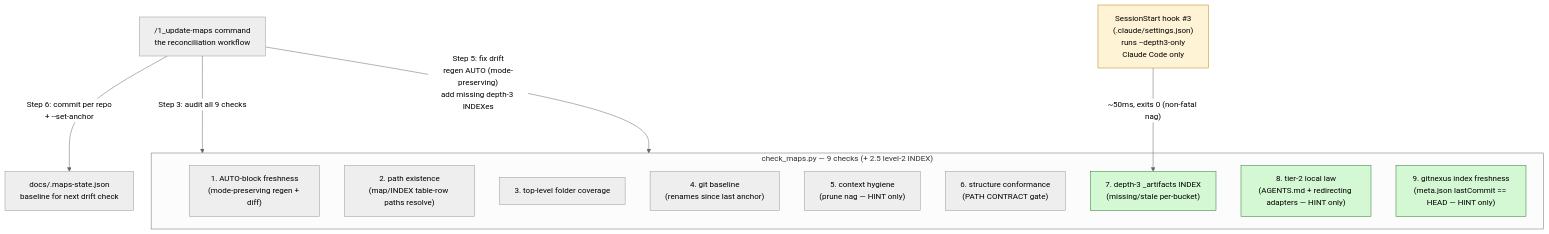
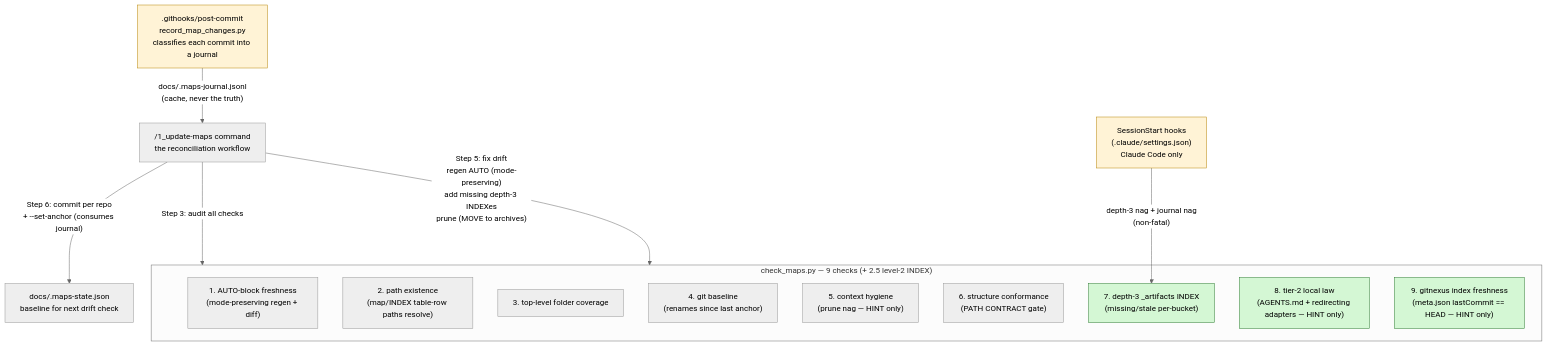
Before and after one commit to sudomadhatter/Sudo_Hatter_Command: the fifth of 6 diagrams in _my_resources/diagrams_guides/system/file_folder_structure+maintaining.md, drawn with Mermaid (neutral theme). The commit also changed other lines of this file and 28 other files, not shown here.

````diff
--- a/_my_resources/diagrams_guides/system/file_folder_structure+maintaining.md
+++ b/_my_resources/diagrams_guides/system/file_folder_structure+maintaining.md
@@ -128,27 +183,30 @@
 ```mermaid
 flowchart TD
     subgraph LINTER ["check_maps.py — 9 checks (+ 2.5 level-2 INDEX)"]
         C1["1. AUTO-block freshness\n(mode-preserving regen + diff)"]
         C2["2. path existence\n(map/INDEX table-row paths resolve)"]
         C3["3. top-level folder coverage"]
         C4["4. git baseline\n(renames since last anchor)"]
         C5["5. context hygiene\n(prune nag — HINT only)"]
         C6["6. structure conformance\n(PATH CONTRACT gate)"]
         C7["7. depth-3 _artifacts INDEX\n(missing/stale per-bucket)"]
         C8["8. tier-2 local law\n(AGENTS.md + redirecting adapters — HINT only)"]
         C9["9. gitnexus index freshness\n(meta.json lastCommit == HEAD — HINT only)"]
     end
 
-    HOOK["SessionStart hook #3\n(.claude/settings.json)\nruns --depth3-only\nClaude Code only"]
-    HOOK -->|"~50ms, exits 0 (non-fatal nag)"| C7
+    REC[".githooks/post-commit\nrecord_map_changes.py\nclassifies each commit into a journal"]
+    REC -->|"docs/.maps-journal.jsonl\n(cache, never the truth)"| WORKFLOW
+
+    HOOK["SessionStart hooks\n(.claude/settings.json)\nClaude Code only"]
+    HOOK -->|"depth-3 nag + journal nag\n(non-fatal)"| C7
 
     WORKFLOW["/1_update-maps command\nthe reconciliation workflow"]
-    WORKFLOW -->|"Step 3: audit all 9 checks"| LINTER
-    WORKFLOW -->|"Step 5: fix drift\nregen AUTO (mode-preserving)\nadd missing depth-3 INDEXes"| LINTER
-    WORKFLOW -->|"Step 6: commit per repo\n+ --set-anchor"| ANCHOR["docs/.maps-state.json\nbaseline for next drift check"]
+    WORKFLOW -->|"Step 3: audit all checks"| LINTER
+    WORKFLOW -->|"Step 5: fix drift\nregen AUTO (mode-preserving)\nadd missing depth-3 INDEXes\nprune (MOVE to archives)"| LINTER
+    WORKFLOW -->|"Step 6: commit per repo\n+ --set-anchor (consumes journal)"| ANCHOR["docs/.maps-state.json\nbaseline for next drift check"]
 
     classDef hook fill:#fff3d6,stroke:#b8860b,color:#000
     classDef depth3 fill:#d4f7d4,stroke:#2e7d32,color:#000
-    class HOOK hook
+    class HOOK,REC hook
     class C7,C8,C9 depth3
 ```
````
